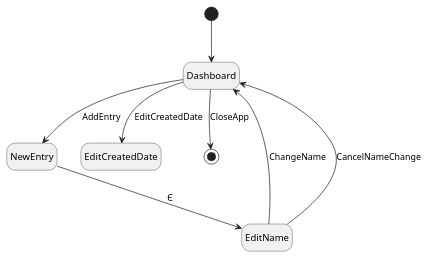
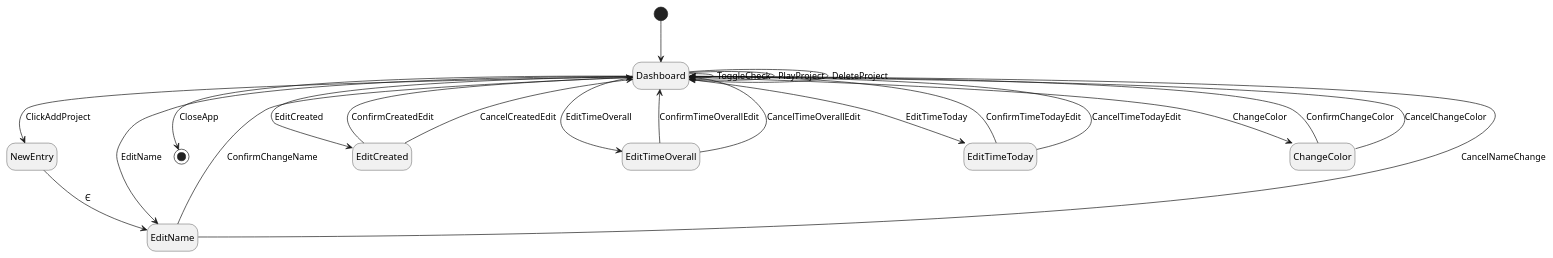
Before and after one commit to JoaoCostaIFG/tvvs: the diagram in assignments/4_model_based_testing/state_machine.puml, drawn with PlantUML. The commit also changed 1 other file, not shown here.

```diff
--- a/assignments/4_model_based_testing/state_machine.puml
+++ b/assignments/4_model_based_testing/state_machine.puml
@@ -1,15 +1,34 @@
 @startuml
 hide empty description
 
 [*] --> Dashboard
 
-Dashboard --> NewEntry : AddEntry
-Dashboard --> EditCreatedDate : EditCreatedDate
+Dashboard --> NewEntry : ClickAddProject
+Dashboard --> EditName : EditName
+Dashboard --> EditCreated : EditCreated
+Dashboard --> EditTimeOverall : EditTimeOverall
+Dashboard --> EditTimeToday : EditTimeToday
+Dashboard --> ChangeColor : ChangeColor
+Dashboard --> Dashboard : ToggleCheck
+Dashboard --> Dashboard : PlayProject
+Dashboard --> Dashboard : DeleteProject
 Dashboard --> [*] : CloseApp
 
 NewEntry --> EditName : Є
 
-EditName --> Dashboard : ChangeName
+EditName --> Dashboard : ConfirmChangeName
 EditName --> Dashboard : CancelNameChange
 
+EditCreated --> Dashboard : ConfirmCreatedEdit
+EditCreated --> Dashboard : CancelCreatedEdit
+
+EditTimeOverall --> Dashboard : ConfirmTimeOverallEdit
+EditTimeOverall --> Dashboard : CancelTimeOverallEdit
+
+EditTimeToday --> Dashboard : ConfirmTimeTodayEdit
+EditTimeToday --> Dashboard : CancelTimeTodayEdit
+
+ChangeColor --> Dashboard : ConfirmChangeColor
+ChangeColor --> Dashboard : CancelChangeColor
+
 @enduml
```
